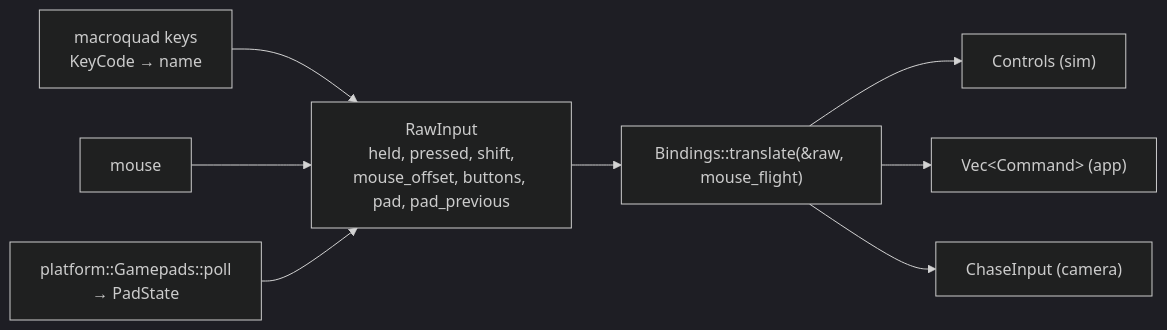
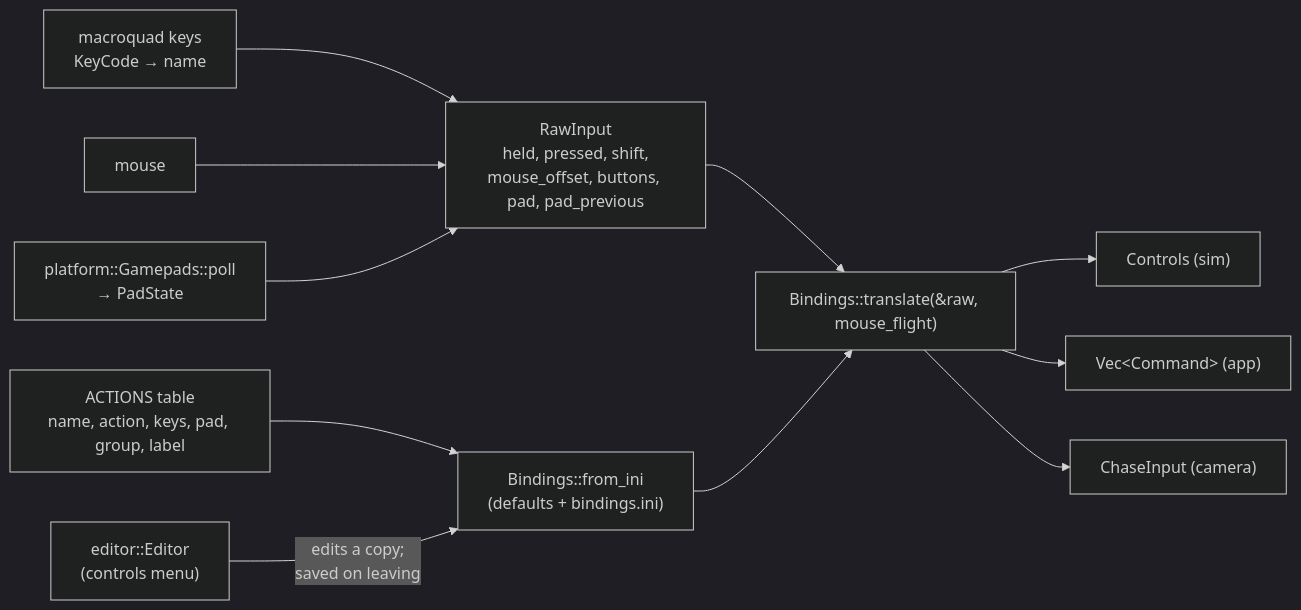
Before and after one commit to bbogovich/OpenInterceptor: the first of 2 diagrams in docs/architecture/input.md, drawn with Mermaid (dark theme). The commit also changed other lines of this file and 36 other files, not shown here.

Commit message:
Site 0.5.0: Stage 2 part 1 (systems, power, controls menu, campaigns, default campaign)

````diff
--- a/docs/architecture/input.md
+++ b/docs/architecture/input.md
@@ -10,10 +12,13 @@
 ```mermaid
 flowchart LR
     KB["macroquad keys<br/>KeyCode → name"] --> RAW["RawInput<br/>held, pressed, shift,<br/>mouse_offset, buttons, pad, pad_previous"]
     MS["mouse"] --> RAW
     GP["platform::Gamepads::poll<br/>→ PadState"] --> RAW
     RAW --> T["Bindings::translate(&raw, mouse_flight)"]
     T --> C["Controls (sim)"]
     T --> CMD["Vec&lt;Command&gt; (app)"]
     T --> CH["ChaseInput (camera)"]
+    TAB["ACTIONS table<br/>name, action, keys, pad, group, label"] --> B["Bindings::from_ini<br/>(defaults + bindings.ini)"]
+    B --> T
+    ED["editor::Editor<br/>(controls menu)"] -- "edits a copy;<br/>saved on leaving" --> B
 ```
````
